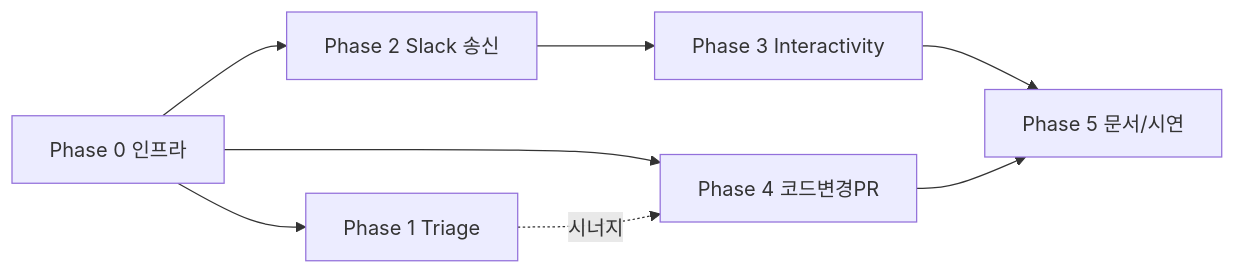
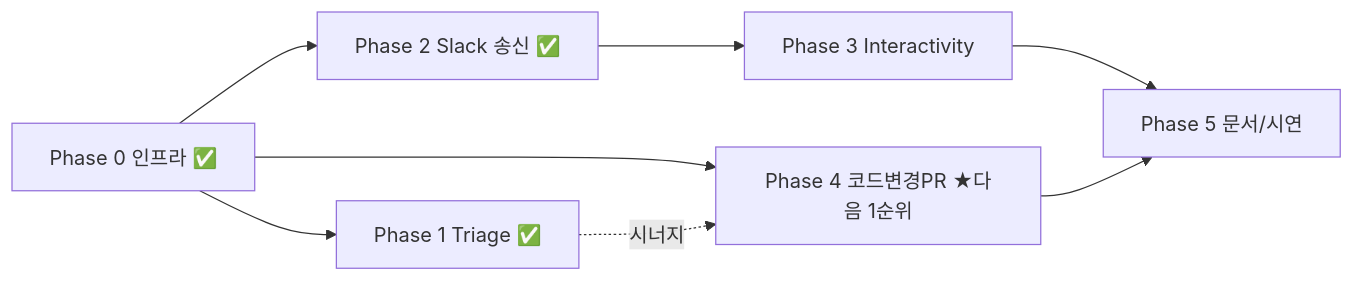
Before and after one commit to dlwodnjs724/warroom: the fourth of 4 diagrams in docs/plan.md, drawn with Mermaid. The commit also changed other lines of this file, not shown here.

First line of the commit message:
📝 docs(plan): Phase 2 완료 + Phase 4 우선순위 1순위로

````diff
--- a/docs/plan.md
+++ b/docs/plan.md
@@ -247,10 +260,10 @@
 ```mermaid
 flowchart LR
-    P0[Phase 0 인프라] --> P1[Phase 1 Triage]
-    P0 --> P2[Phase 2 Slack 송신]
-    P0 --> P4[Phase 4 코드변경PR]
+    P0[Phase 0 인프라 ✅] --> P1[Phase 1 Triage ✅]
+    P0 --> P2[Phase 2 Slack 송신 ✅]
+    P0 --> P4[Phase 4 코드변경PR ★다음 1순위]
     P2 --> P3[Phase 3 Interactivity]
     P1 -.시너지.-> P4
     P3 --> P5[Phase 5 문서/시연]
     P4 --> P5
 ```
````
